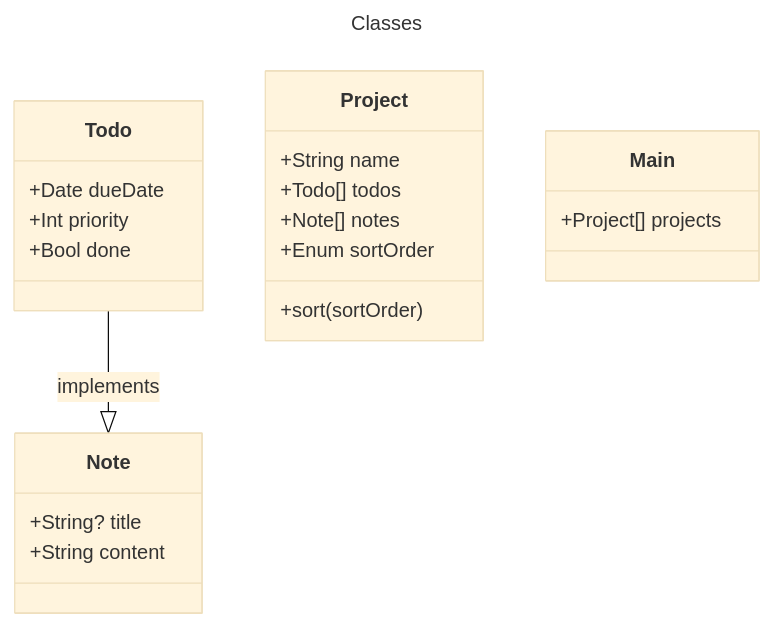
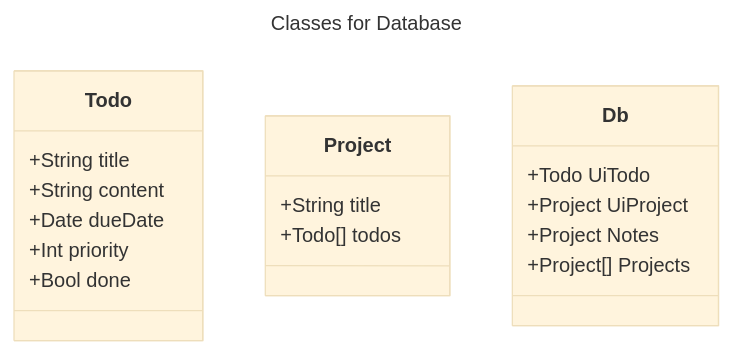
Before and after one commit to CyprianESPI/odin-todolist: the first of 2 diagrams in README.md, drawn with Mermaid (base theme). The commit also changed other lines of this file, not shown here.

Commit message:
Update doc of class diagram

````diff
--- a/README.md
+++ b/README.md
@@ -12,26 +12,23 @@
 ```mermaid
 ---
-title: Classes
+title: Classes for Database
 ---
 classDiagram
-    Todo --|> Note : implements
-
-    class Note
-    Note : +String? title
-    Note : +String content
 
     class Todo
+    Todo : +String title
+    Todo : +String content
     Todo : +Date dueDate
     Todo : +Int priority
     Todo : +Bool done
 
     class Project
-    Project: +String name
+    Project: +String title
     Project: +Todo[] todos
-    Project: +Note[] notes
-    Project: +Enum sortOrder
-    Project: +sort(sortOrder)
 
-    class Main
-    Main: +Project[] projects
+    class Db
+    Db: +Todo UiTodo
+    Db: +Project UiProject
+    Db: +Project Notes
+    Db: +Project[] Projects
 ```
````
